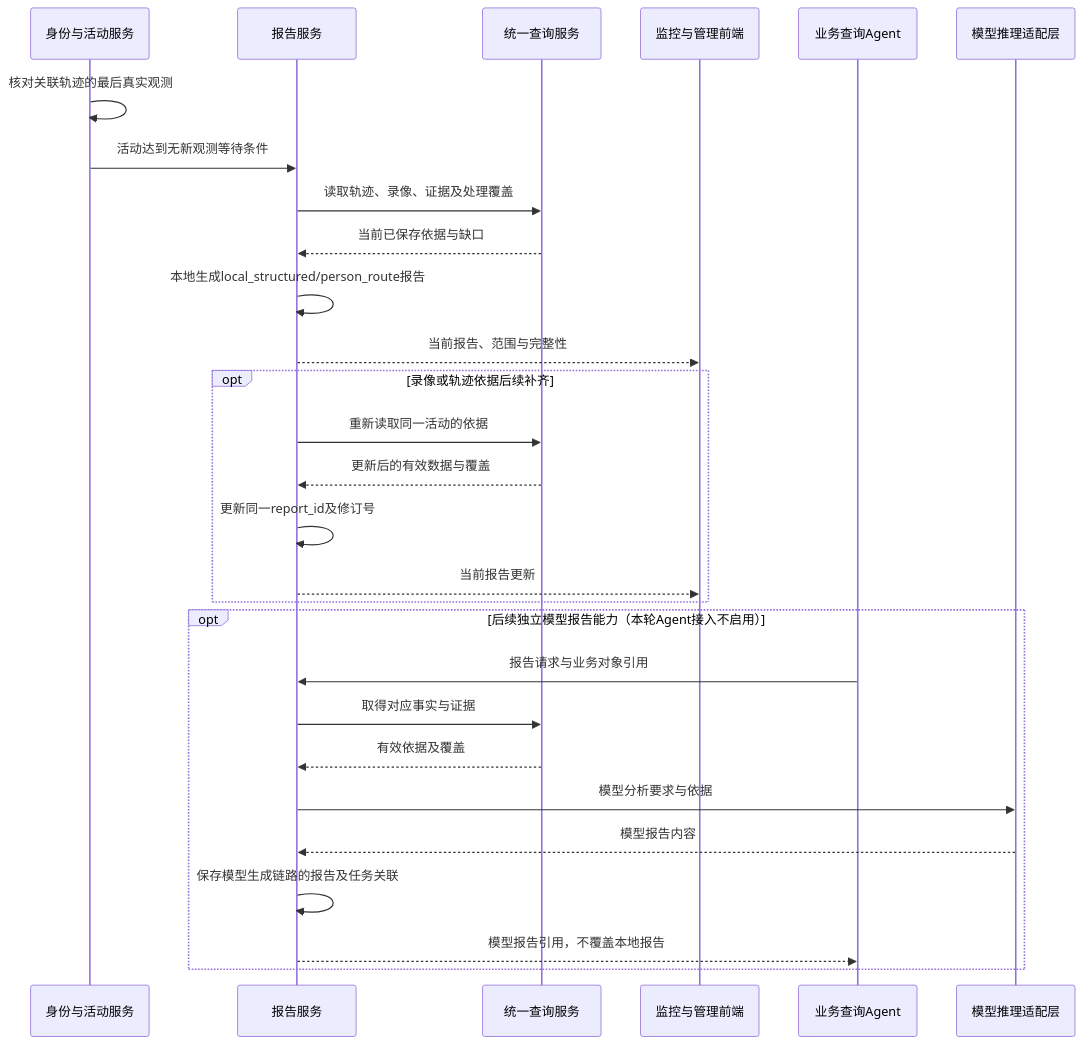
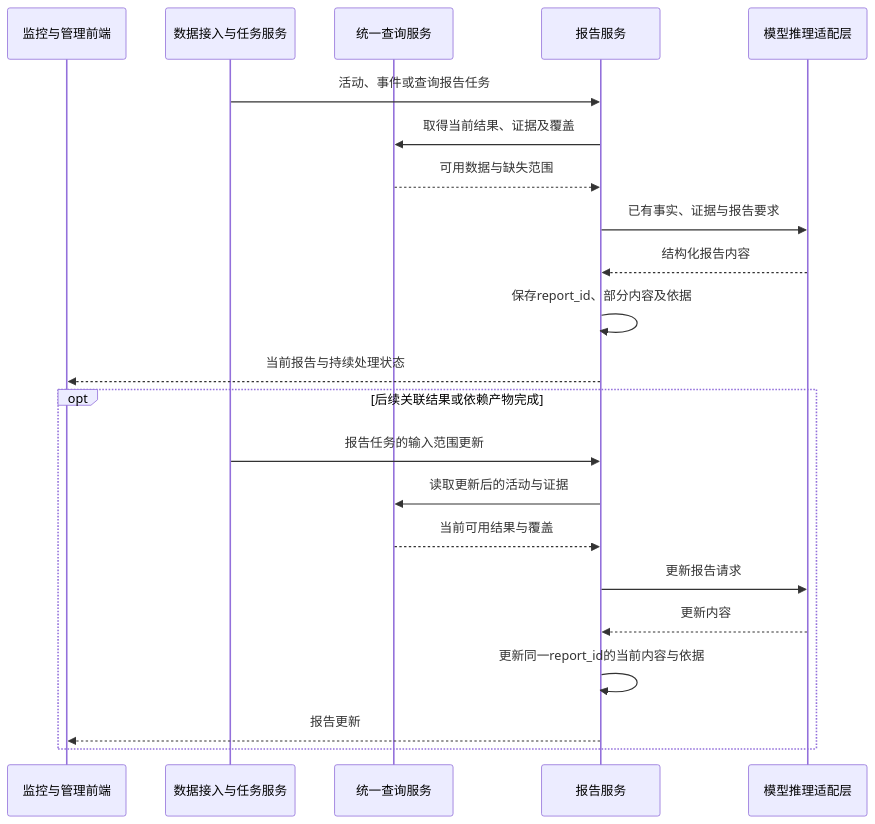
One commit to YwAcle/hxjm-monitor changed the sixth of 7 diagrams in docs/系统架构说明书.md. Above: the diagram before and after it, drawn with Mermaid. The commit also changed other lines of this file and 1156 other files, not shown here.

````diff
--- a/docs/系统架构说明书.md
+++ b/docs/系统架构说明书.md
@@ -414,30 +363,24 @@
 ```mermaid
 sequenceDiagram
-  participant I as 身份与活动服务
+  participant U as 监控与管理前端
+  participant T as 数据接入与任务服务
+  participant Q as 统一查询服务
   participant R as 报告服务
-  participant Q as 统一查询服务
-  participant U as 监控与管理前端
-  participant A as 业务查询Agent
   participant M as 模型推理适配层
-  I->>I: 核对关联轨迹的最后真实观测
-  I->>R: 活动达到无新观测等待条件
-  R->>Q: 读取轨迹、录像、证据及处理覆盖
-  Q-->>R: 当前已保存依据与缺口
-  R->>R: 本地生成local_structured/person_route报告
-  R-->>U: 当前报告、范围与完整性
-  opt 录像或轨迹依据后续补齐
-    R->>Q: 重新读取同一活动的依据
-    Q-->>R: 更新后的有效数据与覆盖
-    R->>R: 更新同一report_id及修订号
-    R-->>U: 当前报告更新
-  end
-  opt 后续独立模型报告能力（本轮Agent接入不启用）
-    A->>R: 报告请求与业务对象引用
-    R->>Q: 取得对应事实与证据
-    Q-->>R: 有效依据及覆盖
-    R->>M: 模型分析要求与依据
-    M-->>R: 模型报告内容
-    R->>R: 保存模型生成链路的报告及任务关联
-    R-->>A: 模型报告引用，不覆盖本地报告
+  T->>R: 活动、事件或查询报告任务
+  R->>Q: 取得当前结果、证据及覆盖
+  Q-->>R: 可用数据与缺失范围
+  R->>M: 已有事实、证据与报告要求
+  M-->>R: 结构化报告内容
+  R->>R: 保存report_id、部分内容及依据
+  R-->>U: 当前报告与持续处理状态
+  opt 后续关联结果或依赖产物完成
+    T->>R: 报告任务的输入范围更新
+    R->>Q: 读取更新后的活动与证据
+    Q-->>R: 当前可用结果与覆盖
+    R->>M: 更新报告请求
+    M-->>R: 更新内容
+    R->>R: 更新同一report_id的当前内容与依据
+    R-->>U: 报告更新
   end
 ```
````
